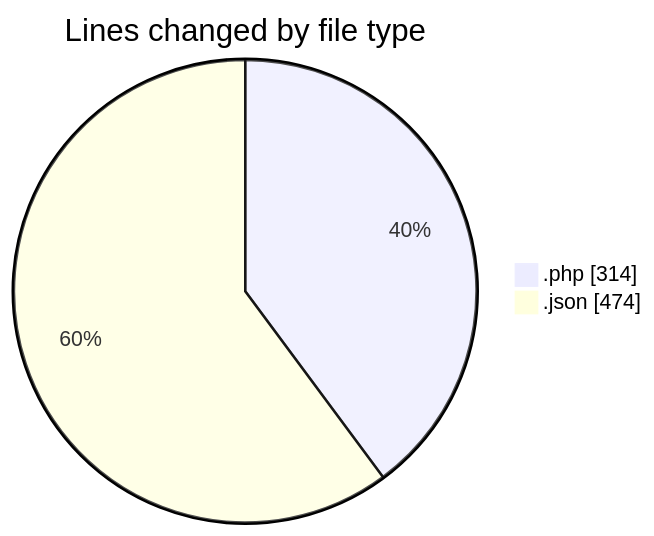
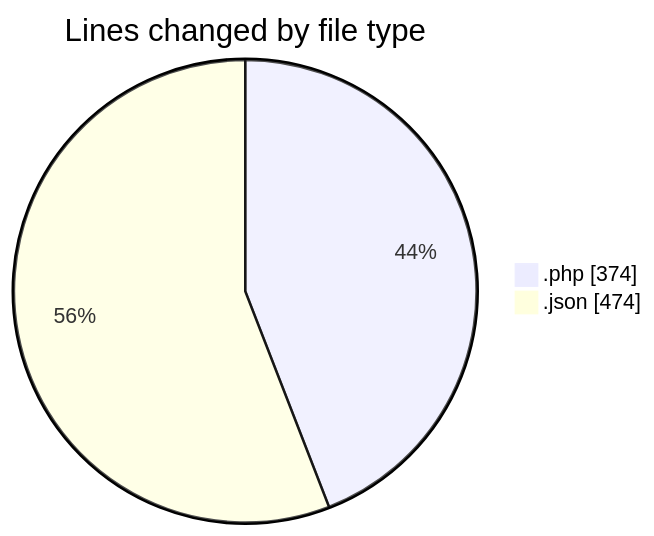
One commit to idhammustaqopulfikri/code-tracking changed the first of 2 diagrams in 2025-05-16/booking/README.md. Above: the diagram before and after it, drawn with Mermaid. The commit also changed other lines of this file and 1 other file, not shown here.

````diff
--- a/2025-05-16/booking/README.md
+++ b/2025-05-16/booking/README.md
@@ -26,6 +28,6 @@
 ```mermaid
 pie showData
 title Lines changed by file type
-".php" : 314
+".php" : 374
 ".json" : 474
 ```
````
